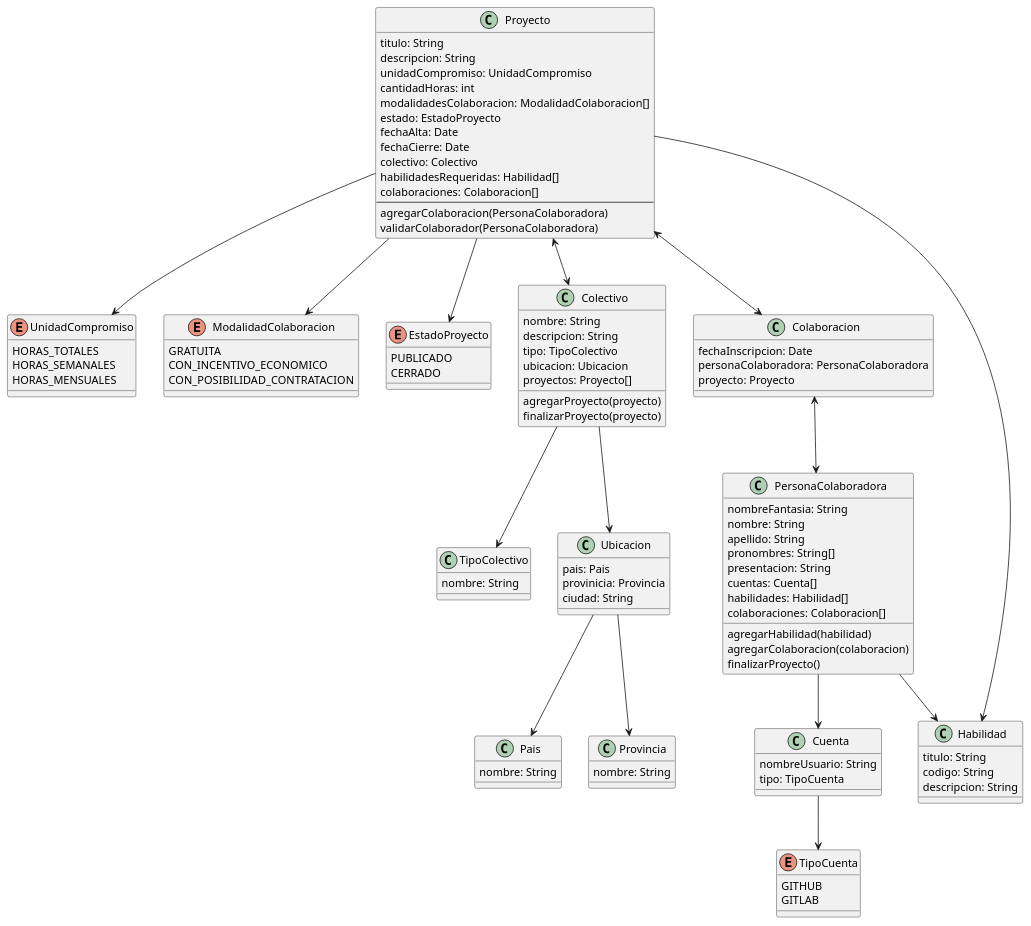
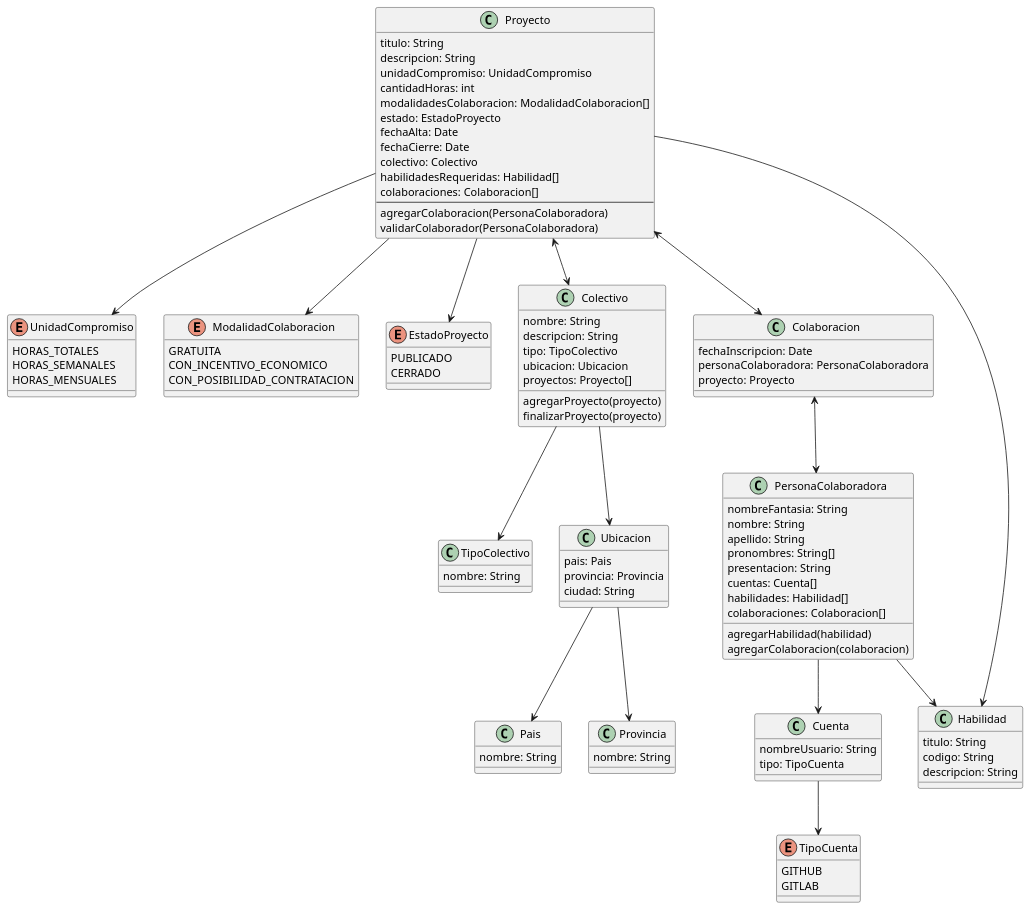
One commit to ejdavenheimer/2026-2c-lu-sa-grupo-9 changed the diagram in designs/diagrama-clases.puml. Above: the diagram before and after it, drawn with PlantUML.

Commit message:
fix: arreglo typo en un atributo de la clase Ubicacion y saco el metodo cerrarProyecto de la clase PersonaColaboradora

```diff
--- a/designs/diagrama-clases.puml
+++ b/designs/diagrama-clases.puml
@@ -1,122 +1,121 @@
 @startuml diagrama-clases
 
 enum UnidadCompromiso {
     HORAS_TOTALES
     HORAS_SEMANALES
     HORAS_MENSUALES
 }
 
 enum ModalidadColaboracion {
     GRATUITA
     CON_INCENTIVO_ECONOMICO
     CON_POSIBILIDAD_CONTRATACION
 }
 
 enum TipoCuenta {
     GITHUB
     GITLAB
 }
 
 enum EstadoProyecto {
     PUBLICADO
     CERRADO
 }
 
 class Colectivo {
     nombre: String
     descripcion: String
     tipo: TipoColectivo
     ubicacion: Ubicacion
     proyectos: Proyecto[]
     agregarProyecto(proyecto)
     finalizarProyecto(proyecto)
 }
 class TipoColectivo {
     nombre: String
 }
 
 class Ubicacion {
     pais: Pais
-    provinicia: Provincia
+    provincia: Provincia
     ciudad: String
 }
 
 class Pais {
     nombre: String
 }
 
 class Provincia {
     nombre: String
 }
 
 class Proyecto {
     titulo: String
     descripcion: String
     unidadCompromiso: UnidadCompromiso
     cantidadHoras: int
     modalidadesColaboracion: ModalidadColaboracion[]
     estado: EstadoProyecto
     fechaAlta: Date
     fechaCierre: Date
     colectivo: Colectivo
     habilidadesRequeridas: Habilidad[]
     colaboraciones: Colaboracion[]
     --
     agregarColaboracion(PersonaColaboradora) 
 '   se instancia la colaboracion y se pasa por parametro la persona colaboradora
     validarColaborador(PersonaColaboradora)
 }
 
 class Colaboracion {
     fechaInscripcion: Date
     personaColaboradora: PersonaColaboradora
     proyecto: Proyecto
 }
 
 class PersonaColaboradora {
     nombreFantasia: String
     nombre: String
     apellido: String
     pronombres: String[]
     presentacion: String
     cuentas: Cuenta[]
     habilidades: Habilidad[]
     colaboraciones: Colaboracion[]
     agregarHabilidad(habilidad)
     agregarColaboracion(colaboracion)
-    finalizarProyecto()
 }
 
 class Habilidad {
     titulo: String
     codigo: String
     descripcion: String
 }
 
 class Cuenta {
     nombreUsuario: String
     tipo: TipoCuenta
 }
 
 Colectivo --> TipoColectivo
 Colectivo --> Ubicacion
 
 Ubicacion --> Pais
 Ubicacion -->Provincia
 
 Proyecto <--> Colectivo
 Proyecto <--> Colaboracion
 Proyecto --> Habilidad
 Proyecto --> EstadoProyecto
 Proyecto --> ModalidadColaboracion
 Proyecto --> UnidadCompromiso
 
 Colaboracion <--> PersonaColaboradora
 
 PersonaColaboradora --> Habilidad
 PersonaColaboradora --> Cuenta
 
 Cuenta --> TipoCuenta
 
 
 @enduml
```
